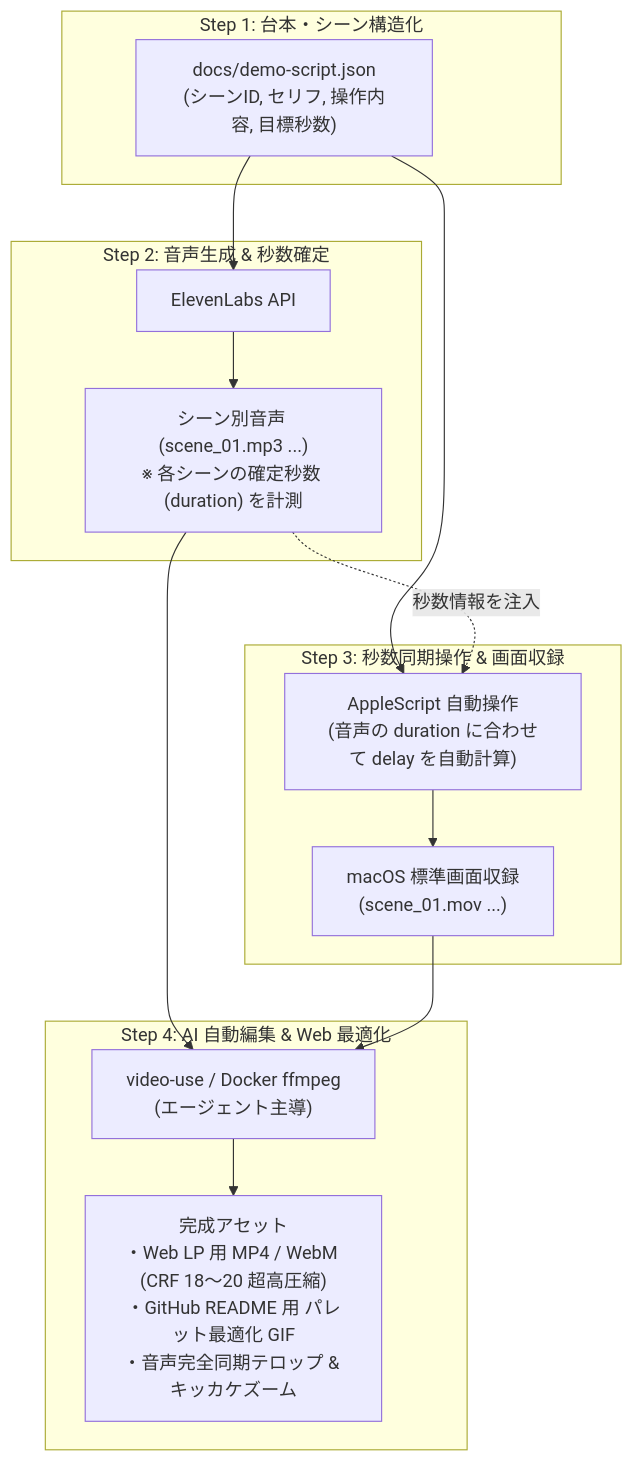
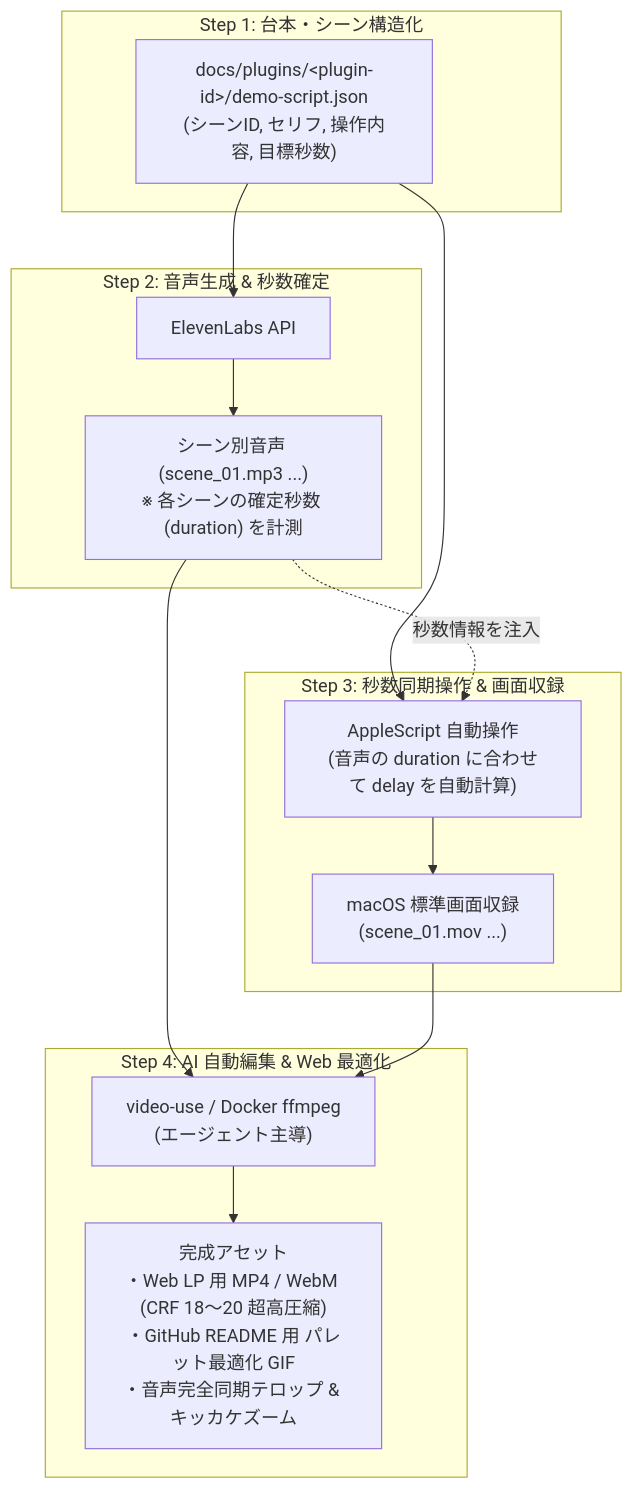
One commit to shallow1992/obsidian-plugins-portal changed the diagram in docs/video-production-pipeline.md. Above: the diagram before and after it, drawn with Mermaid. The commit also changed other lines of this file and 5 other files, not shown here.

Commit message:
refactor: generalize demo automation and docs for multi-plugin architecture (#16)

````diff
--- a/docs/video-production-pipeline.md
+++ b/docs/video-production-pipeline.md
@@ -38,29 +38,29 @@
 ```mermaid
 flowchart TD
     subgraph Step1["Step 1: 台本・シーン構造化"]
-        Script["docs/demo-script.json<br>(シーンID, セリフ, 操作内容, 目標秒数)"]
+        Script["docs/plugins/&lt;plugin-id&gt;/demo-script.json<br>(シーンID, セリフ, 操作内容, 目標秒数)"]
     end
 
     subgraph Step2["Step 2: 音声生成 & 秒数確定"]
         ElevenLabs["ElevenLabs API"]
         Audio["シーン別音声 (scene_01.mp3 ...)<br>※ 各シーンの確定秒数 (duration) を計測"]
     end
 
     subgraph Step3["Step 3: 秒数同期操作 & 画面収録"]
         AppleScript["AppleScript 自動操作<br>(音声の duration に合わせて delay を自動計算)"]
         Record["macOS 標準画面収録<br>(scene_01.mov ...)"]
     end
 
     subgraph Step4["Step 4: AI 自動編集 & Web 最適化"]
         VideoUse["video-use / Docker ffmpeg<br>(エージェント主導)"]
         Output["完成アセット<br>・Web LP 用 MP4 / WebM (CRF 18〜20 超高圧縮)<br>・GitHub README 用 パレット最適化 GIF<br>・音声完全同期テロップ & キッカケズーム"]
     end
 
     Script --> ElevenLabs --> Audio
     Script --> AppleScript
     Audio -.->|"秒数情報を注入"| AppleScript
     AppleScript --> Record
     Audio --> VideoUse
     Record --> VideoUse
     VideoUse --> Output
 ```
````
